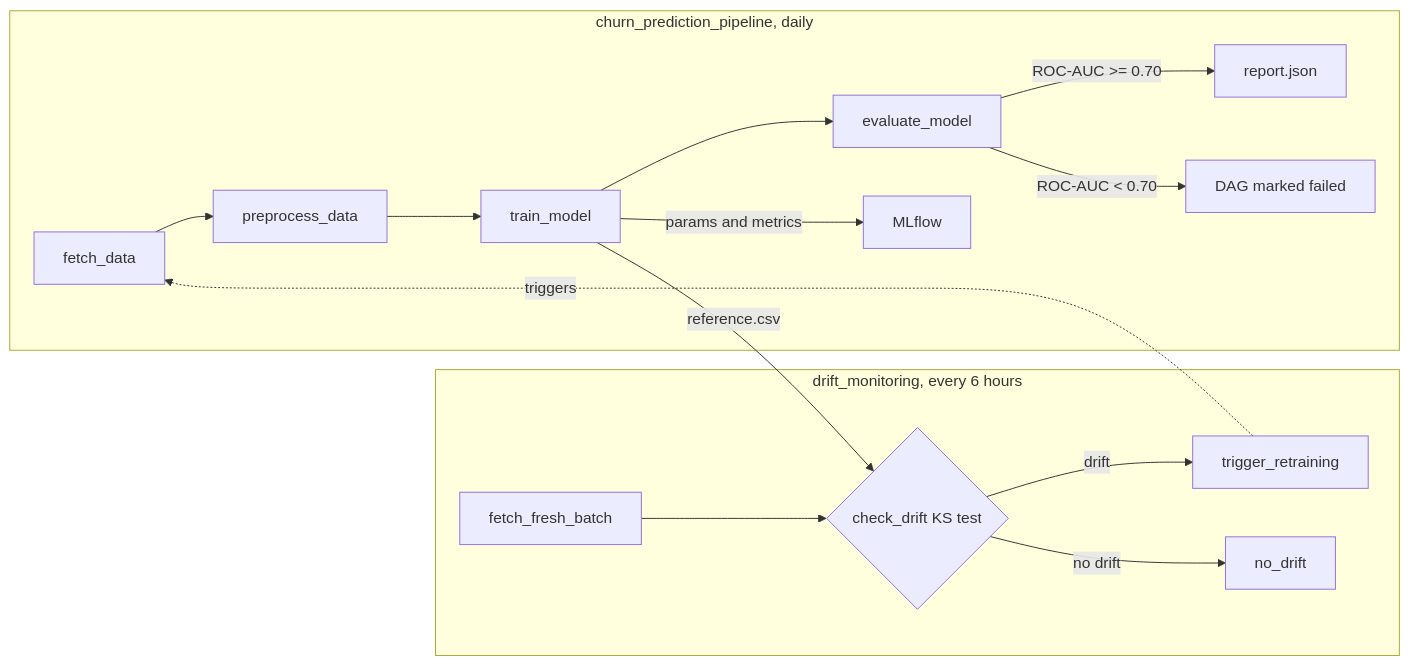
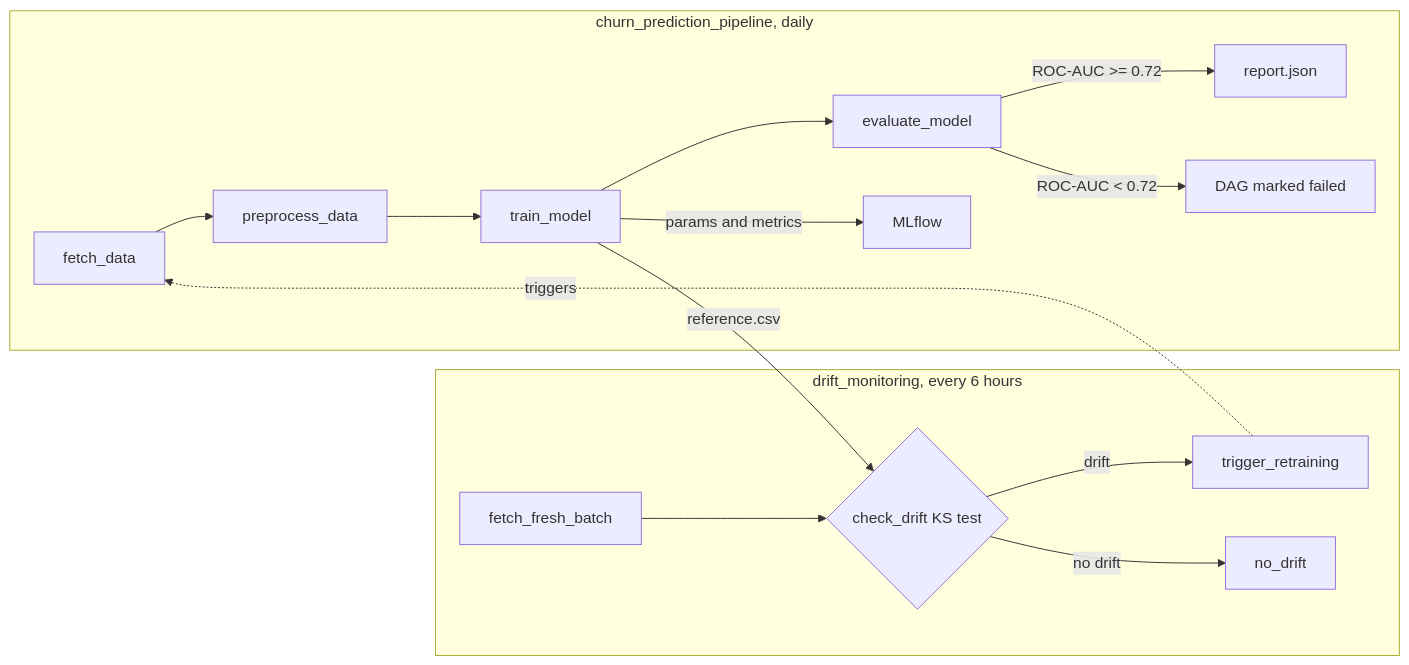
The diagram in README.md (yigitliman/airflow-ml-pipeline), drawn with Mermaid before and after one commit. The commit also changed other lines of this file and 8 other files, not shown here.

````diff
--- a/README.md
+++ b/README.md
@@ -20,16 +22,16 @@
 ```mermaid
 flowchart LR
     subgraph training [churn_prediction_pipeline, daily]
         F[fetch_data] --> P[preprocess_data] --> TR[train_model] --> E[evaluate_model]
         TR -- params and metrics --> M[MLflow]
-        E -- "ROC-AUC >= 0.70" --> OK[report.json]
-        E -- "ROC-AUC < 0.70" --> FAIL[DAG marked failed]
+        E -- "ROC-AUC >= 0.72" --> OK[report.json]
+        E -- "ROC-AUC < 0.72" --> FAIL[DAG marked failed]
     end
     subgraph monitoring [drift_monitoring, every 6 hours]
         FB[fetch_fresh_batch] --> CD{check_drift KS test}
         CD -- drift --> TRIG[trigger_retraining]
         CD -- no drift --> NOOP[no_drift]
     end
     TR -- reference.csv --> CD
     TRIG -. triggers .-> F
 ```
````
